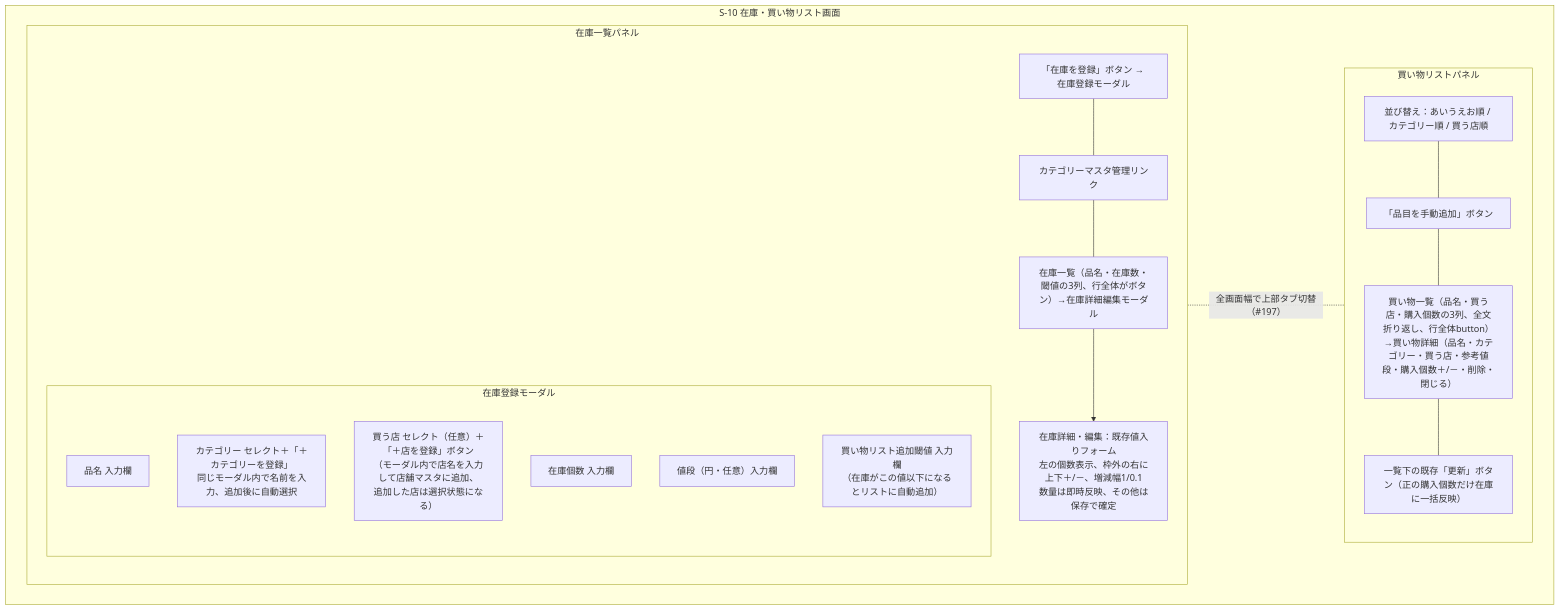
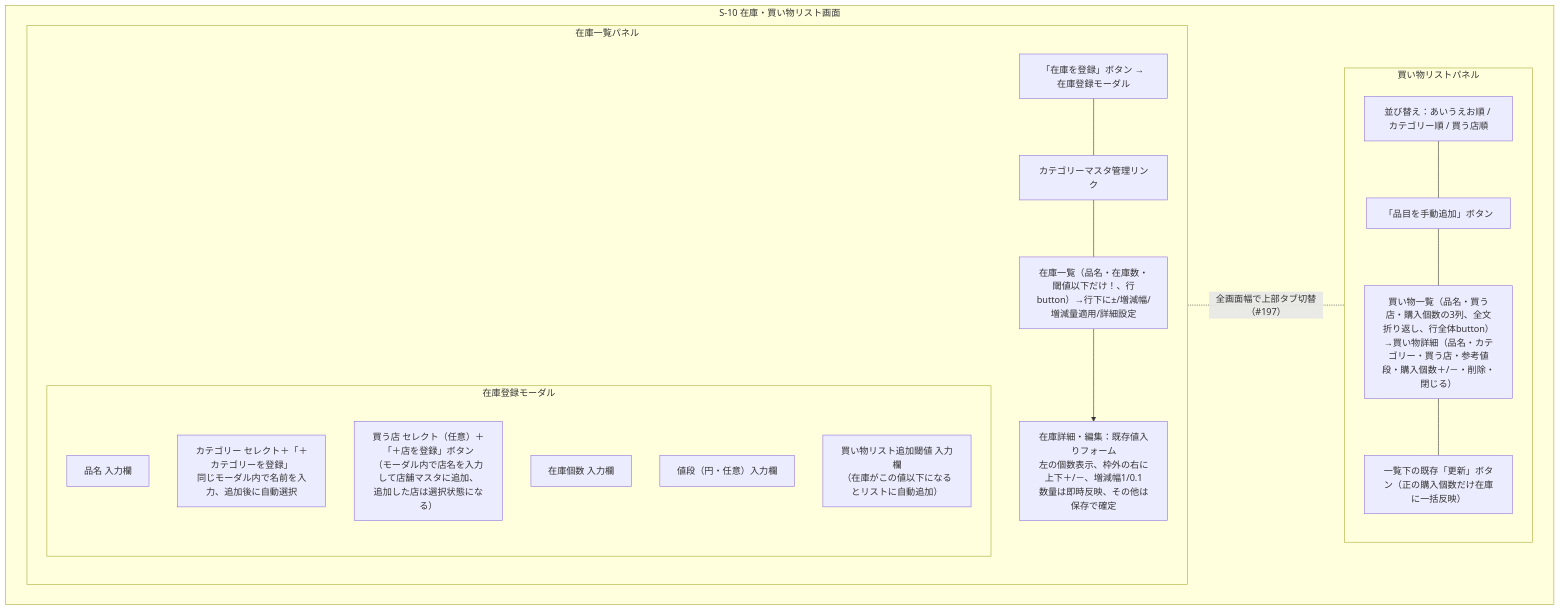
Before and after one commit to yamamotonaoki3/HomeLog: the ninth of 15 diagrams in docs/details/wireframes.md, drawn with Mermaid. The commit also changed other lines of this file and 23 other files, not shown here.

````diff
--- a/docs/details/wireframes.md
+++ b/docs/details/wireframes.md
@@ -584,33 +588,33 @@
 ```mermaid
 flowchart TD
     subgraph Screen["S-10 在庫・買い物リスト画面"]
         direction LR
         subgraph InventoryPanel["在庫一覧パネル"]
             direction TB
             AddBtn["「在庫を登録」ボタン → 在庫登録モーダル"]
             subgraph InvModal["在庫登録モーダル"]
                 direction TB
                 InvName["品名 入力欄"]
                 InvCategory["カテゴリー セレクト＋「＋カテゴリーを登録」\n同じモーダル内で名前を入力、追加後に自動選択"]
                 InvStore["買う店 セレクト（任意）＋「＋店を登録」ボタン\n（モーダル内で店名を入力して店舗マスタに追加、\n追加した店は選択状態になる）"]
                 InvQty["在庫個数 入力欄"]
                 InvPrice["値段（円・任意）入力欄"]
                 InvThreshold["買い物リスト追加閾値 入力欄\n（在庫がこの値以下になるとリストに自動追加）"]
             end
             MasterLink["カテゴリーマスタ管理リンク"]
-            InvList["在庫一覧（品名・在庫数・閾値の3列、行全体がボタン）→在庫詳細編集モーダル"]
+            InvList["在庫一覧（品名・在庫数・閾値以下だけ！、行button）→行下に±/増減幅/増減量適用/詳細設定"]
             InvEdit["在庫詳細・編集：既存値入りフォーム\n左の個数表示、枠外の右に上下＋/－、増減幅1/0.1\n数量は即時反映、その他は保存で確定"]
         end
         subgraph ShoppingPanel["買い物リストパネル"]
             direction TB
             Sort["並び替え：あいうえお順 / カテゴリー順 / 買う店順"]
             ShopAddBtn["「品目を手動追加」ボタン"]
             ShopList["買い物一覧（品名・買う店・購入個数の3列、全文折り返し、行全体button）→買い物詳細（品名・カテゴリー・買う店・参考値段・購入個数＋/－・削除・閉じる）"]
             UpdateBtn["一覧下の既存「更新」ボタン（正の購入個数だけ在庫に一括反映）"]
         end
     end
     AddBtn --- MasterLink --- InvList
     InvList --> InvEdit
     Sort --- ShopAddBtn --- ShopList --- UpdateBtn
     InvList -. "全画面幅で上部タブ切替（#197）" .- ShopList
 ```
````
